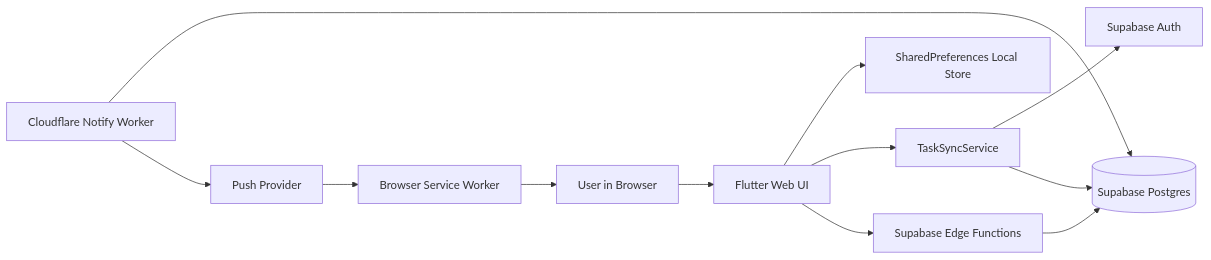
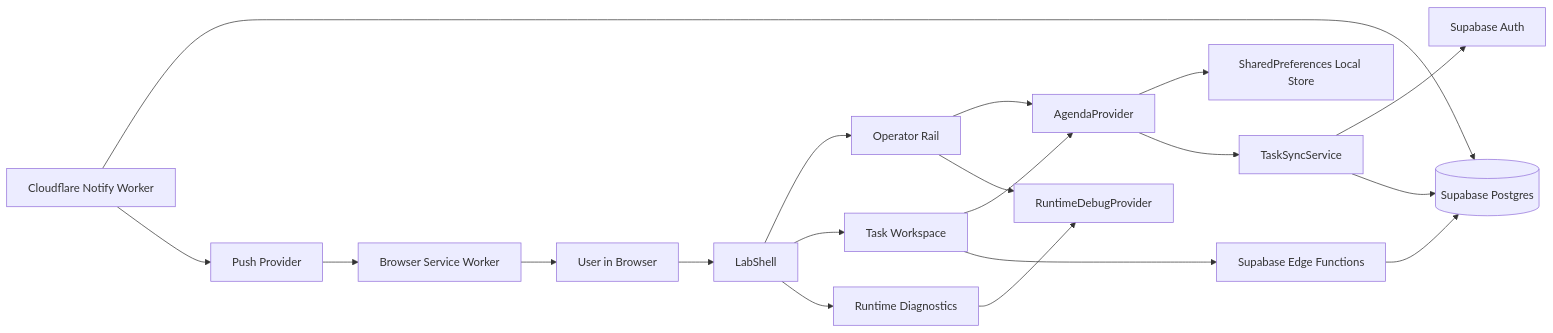
The diagram in ARCHITECTURE.md (eliasfeijo/saas-reliability-lab), drawn with Mermaid before and after one commit. The commit also changed other lines of this file and 4 other files, not shown here.

Commit message:
docs: align project docs with lab shell

````diff
--- a/ARCHITECTURE.md
+++ b/ARCHITECTURE.md
@@ -65,25 +68,37 @@
 ```mermaid
 flowchart LR
     User[User in Browser]
-    UI[Flutter Web UI]
+    Shell[LabShell]
+    Left[Operator Rail]
+    Center[Task Workspace]
+    Right[Runtime Diagnostics]
+    Agenda[AgendaProvider]
+    Runtime[RuntimeDebugProvider]
     LocalState[SharedPreferences Local Store]
     Sync[TaskSyncService]
     Auth[Supabase Auth]
     DB[(Supabase Postgres)]
     Edge[Supabase Edge Functions]
     Worker[Cloudflare Notify Worker]
+    Push[Push Provider]
     SW[Browser Service Worker]
-    Push[Push Provider]
 
-    User --> UI
-    UI --> LocalState
-    UI --> Sync
+    User --> Shell
+    Shell --> Left
+    Shell --> Center
+    Shell --> Right
+    Center --> Agenda
+    Left --> Agenda
+    Left --> Runtime
+    Right --> Runtime
+    Agenda --> LocalState
+    Agenda --> Sync
     Sync --> Auth
     Sync --> DB
-    UI --> Edge
+    Center --> Edge
     Edge --> DB
     Worker --> DB
     Worker --> Push
     Push --> SW
     SW --> User
 ```
````
